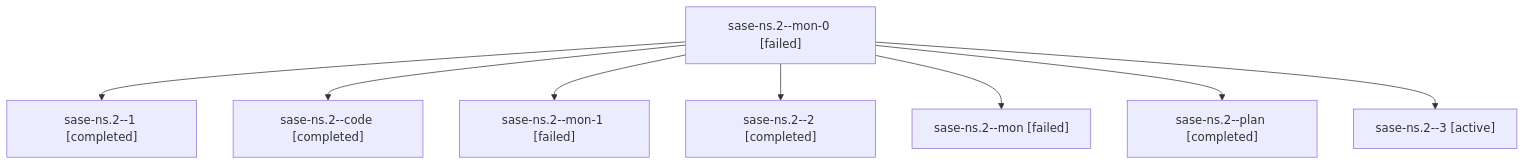
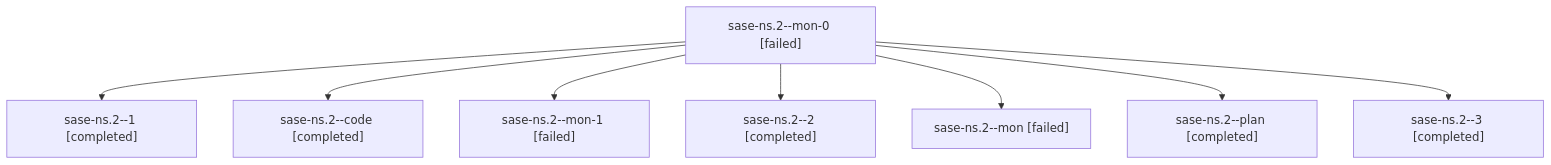
One commit to sase-org/sase--agents changed the diagram in families/bbugyi200.athena.sase-ns.2.md. Above: the diagram before and after it, drawn with Mermaid. The commit also changed other lines of this file and 179 other files, not shown here.

````diff
--- a/families/bbugyi200.athena.sase-ns.2.md
+++ b/families/bbugyi200.athena.sase-ns.2.md
@@ -9,18 +9,18 @@
 ```mermaid
 flowchart TD
   n0["sase-ns.2--mon-0 [failed]"]
   n1["sase-ns.2--1 [completed]"]
   n0 --> n1
   n2["sase-ns.2--code [completed]"]
   n0 --> n2
   n3["sase-ns.2--mon-1 [failed]"]
   n0 --> n3
   n4["sase-ns.2--2 [completed]"]
   n0 --> n4
   n5["sase-ns.2--mon [failed]"]
   n0 --> n5
   n6["sase-ns.2--plan [completed]"]
   n0 --> n6
-  n7["sase-ns.2--3 [active]"]
+  n7["sase-ns.2--3 [completed]"]
   n0 --> n7
 ```
````
